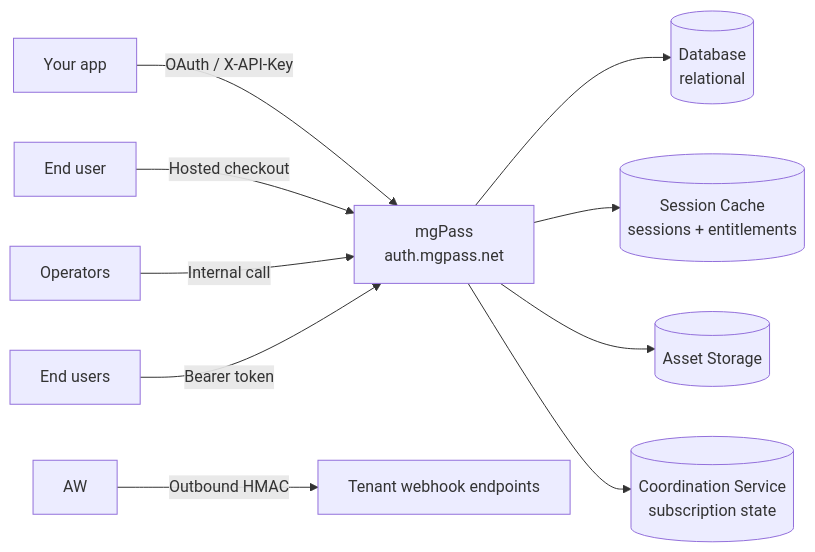
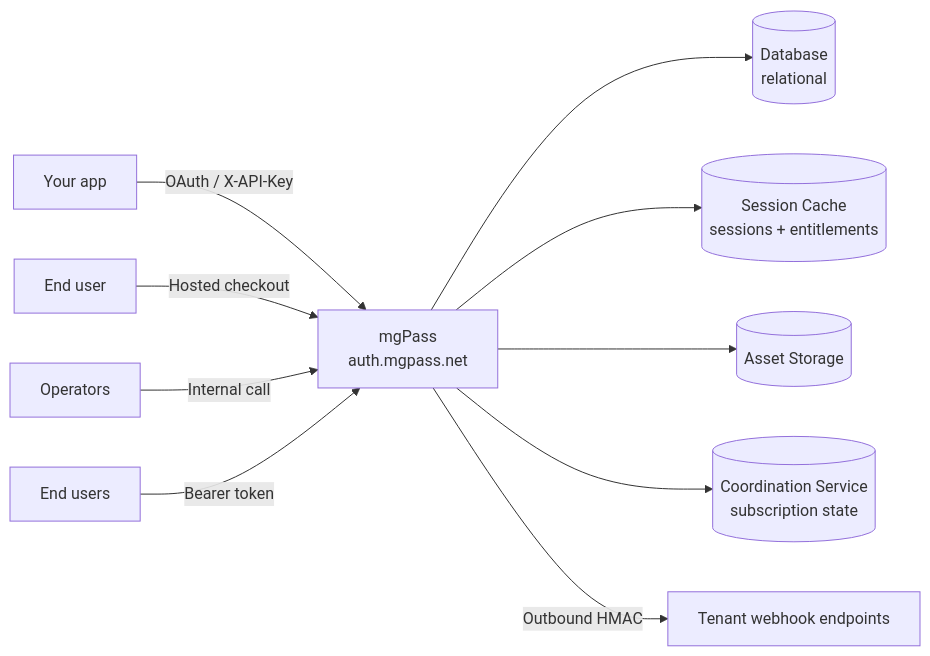
Before and after one commit to mgdmdev/docs: the diagram in guides/overview.mdx, drawn with Mermaid. The commit also changed other lines of this file and 2 other files, not shown here.

````diff
--- a/guides/overview.mdx
+++ b/guides/overview.mdx
@@ -15,12 +15,12 @@
 ```mermaid
 graph LR
     Client[Your app] -->|OAuth / X-API-Key| MGP[mgPass<br/>auth.mgpass.net]
     Pay[End user] -->|Hosted checkout| MGP
     Operator[Operators] -->|Internal call| MGP
     Account[End users] -->|Bearer token| MGP
     MGP --> DB[(Database<br/>relational)]
     MGP --> CACHE[(Session Cache<br/>sessions + entitlements)]
     MGP --> ASSETS[(Asset Storage)]
     MGP --> COORD[(Coordination Service<br/>subscription state)]
-    AW -->|Outbound HMAC| Webhooks[Tenant webhook endpoints]
+    MGP -->|Outbound HMAC| Webhooks[Tenant webhook endpoints]
 ```
````
